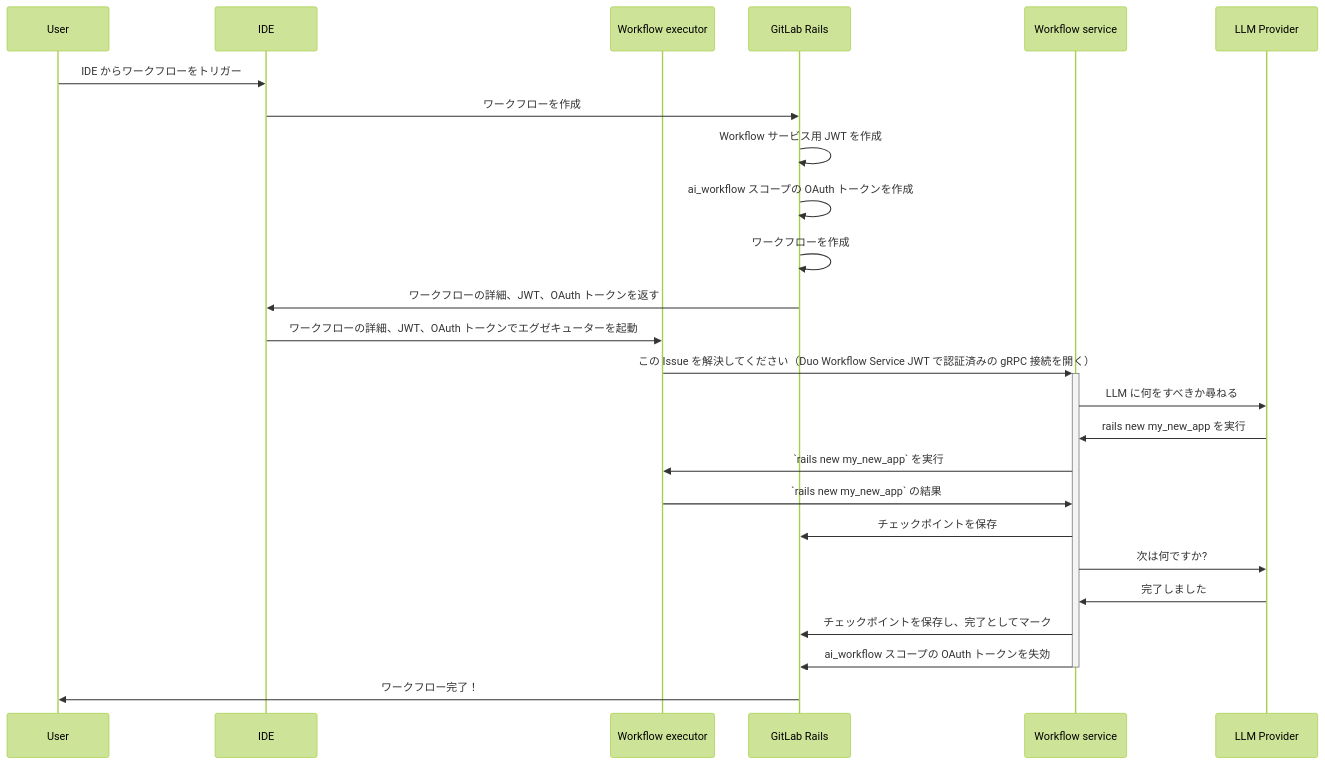
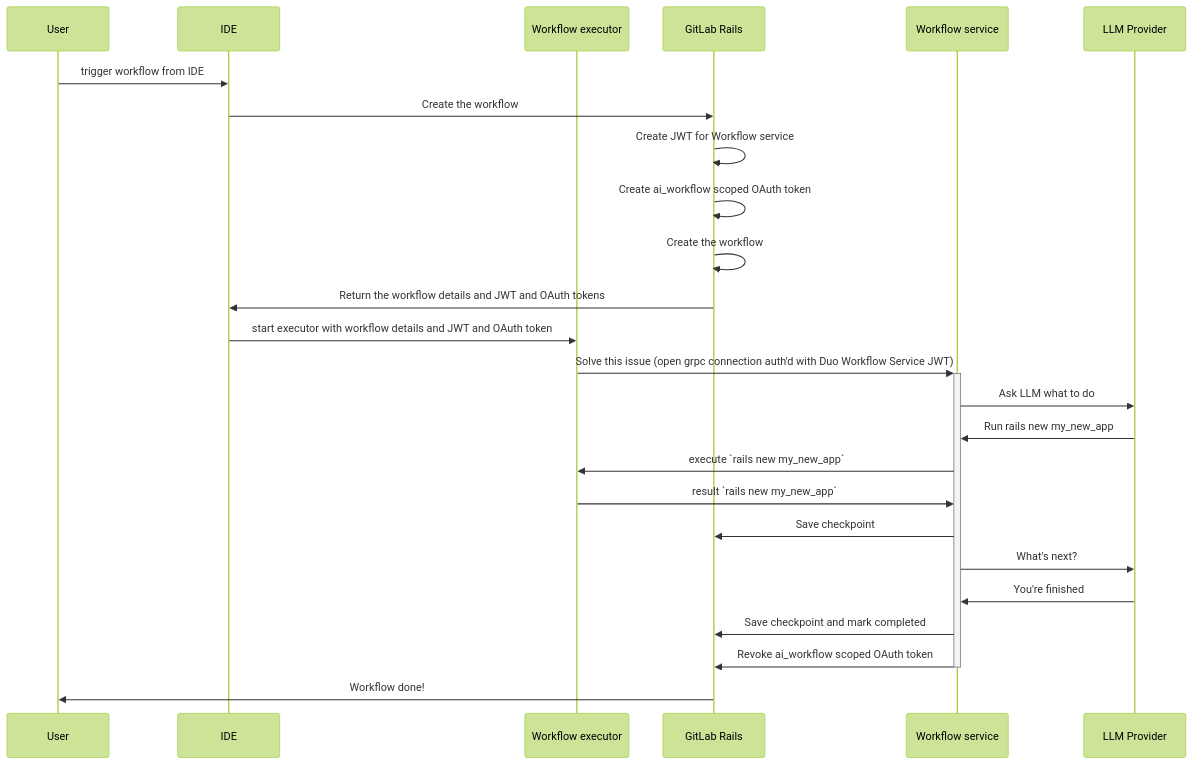
Before and after one commit to kyama0/gitlab-handbook-ja: the first of 7 diagrams in content/handbook/engineering/architecture/design-documents/duo_workflow/_index.md, drawn with Mermaid (forest theme). The commit also changed other lines of this file and 3 other files, not shown here.

````diff
--- a/content/handbook/engineering/architecture/design-documents/duo_workflow/_index.md
+++ b/content/handbook/engineering/architecture/design-documents/duo_workflow/_index.md
@@ -76,28 +74,28 @@
 ```mermaid
 sequenceDiagram
    participant user as User
    participant ide as IDE
    participant executor as Workflow executor
    participant gitlab_rails as GitLab Rails
    participant duo_workflow_service as Workflow service
    participant llm_provider as LLM Provider
-   user->>ide: IDE からワークフローをトリガー
-   ide->>gitlab_rails: ワークフローを作成
-   gitlab_rails->>gitlab_rails: Workflow サービス用 JWT を作成
-   gitlab_rails->>gitlab_rails: ai_workflow スコープの OAuth トークンを作成
-   gitlab_rails->>gitlab_rails: ワークフローを作成
-   gitlab_rails->>ide: ワークフローの詳細、JWT、OAuth トークンを返す
-   ide->>executor: ワークフローの詳細、JWT、OAuth トークンでエグゼキューターを起動
-   executor->>+duo_workflow_service: この Issue を解決してください（Duo Workflow Service JWT で認証済みの gRPC 接続を開く）
-   duo_workflow_service->>llm_provider: LLM に何をすべきか尋ねる
-   llm_provider->>duo_workflow_service: rails new my_new_app を実行
-   duo_workflow_service->>executor: `rails new my_new_app` を実行
-   executor->>duo_workflow_service: `rails new my_new_app` の結果
-   duo_workflow_service->>gitlab_rails: チェックポイントを保存
-   duo_workflow_service->>llm_provider: 次は何ですか?
-   llm_provider->>duo_workflow_service: 完了しました
-   duo_workflow_service->>gitlab_rails: チェックポイントを保存し、完了としてマーク
-   duo_workflow_service->>gitlab_rails: ai_workflow スコープの OAuth トークンを失効
+   user->>ide: trigger workflow from IDE
+   ide->>gitlab_rails: Create the workflow
+   gitlab_rails->>gitlab_rails: Create JWT for Workflow service
+   gitlab_rails->>gitlab_rails: Create ai_workflow scoped OAuth token
+   gitlab_rails->>gitlab_rails: Create the workflow
+   gitlab_rails->>ide: Return the workflow details and JWT and OAuth tokens
+   ide->>executor: start executor with workflow details and JWT and OAuth token
+   executor->>+duo_workflow_service: Solve this issue (open grpc connection auth'd with Duo Workflow Service JWT)
+   duo_workflow_service->>llm_provider: Ask LLM what to do
+   llm_provider->>duo_workflow_service: Run rails new my_new_app
+   duo_workflow_service->>executor: execute `rails new my_new_app`
+   executor->>duo_workflow_service: result `rails new my_new_app`
+   duo_workflow_service->>gitlab_rails: Save checkpoint
+   duo_workflow_service->>llm_provider: What's next?
+   llm_provider->>duo_workflow_service: You're finished
+   duo_workflow_service->>gitlab_rails: Save checkpoint and mark completed
+   duo_workflow_service->>gitlab_rails: Revoke ai_workflow scoped OAuth token
    deactivate duo_workflow_service
-   gitlab_rails->>user: ワークフロー完了！
+   gitlab_rails->>user: Workflow done!
 ```
````
